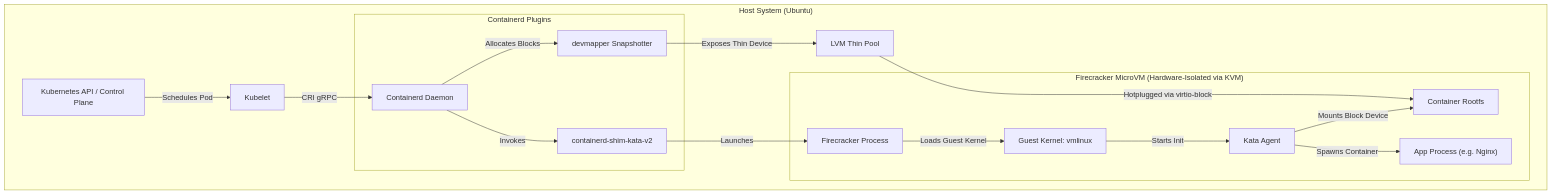
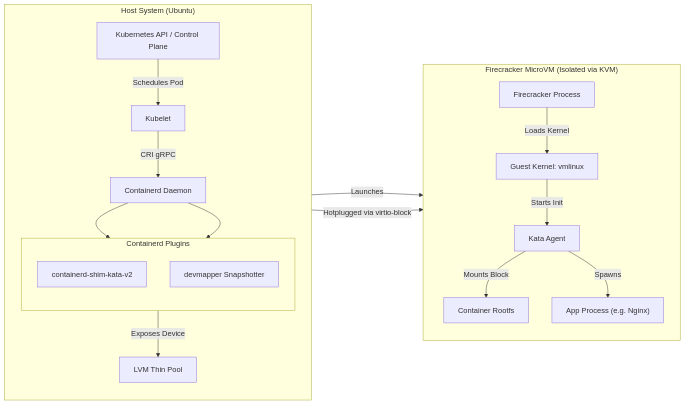
Before and after one commit to 01cloud/01-Sandbox: the diagram in docs/kata-firecracker/kata-firecracker-deepdive.md, drawn with Mermaid.

Commit message:
docs(deepdive): improve architecture diagram layout for readability

````diff
--- a/docs/kata-firecracker/kata-firecracker-deepdive.md
+++ b/docs/kata-firecracker/kata-firecracker-deepdive.md
@@ -13,24 +13,29 @@
 ```mermaid
-graph TD
-    subgraph "Host System (Ubuntu)"
+graph LR
+    subgraph Host ["Host System (Ubuntu)"]
+        direction TB
         K8s[Kubernetes API / Control Plane] -->|Schedules Pod| Kubelet[Kubelet]
         Kubelet -->|CRI gRPC| Containerd[Containerd Daemon]
 
-        subgraph Containerd Plugins
-            Containerd -->|Invokes| Shim[containerd-shim-kata-v2]
-            Containerd -->|Allocates Blocks| DevMapper[devmapper Snapshotter]
+        subgraph Plugins ["Containerd Plugins"]
+            direction TB
+            Shim[containerd-shim-kata-v2]
+            DevMapper[devmapper Snapshotter]
         end
 
-        DevMapper -->|Exposes Thin Device| LVM[LVM Thin Pool]
-        Shim -->|Launches| FC[Firecracker Process]
+        Containerd --> Shim
+        Containerd --> DevMapper
+        DevMapper -->|Exposes Device| LVM[LVM Thin Pool]
+    end
 
-        subgraph "Firecracker MicroVM (Hardware-Isolated via KVM)"
-            FC -->|Loads Guest Kernel| Kernel[Guest Kernel: vmlinux]
-            Kernel -->|Starts Init| Agent[Kata Agent]
-            Agent -->|Mounts Block Device| Rootfs[Container Rootfs]
-            Agent -->|Spawns Container| Application["App Process (e.g. Nginx)"]
-        end
+    subgraph VM ["Firecracker MicroVM (Isolated via KVM)"]
+        direction TB
+        FC[Firecracker Process] -->|Loads Kernel| Kernel[Guest Kernel: vmlinux]
+        Kernel -->|Starts Init| Agent[Kata Agent]
+        Agent -->|Mounts Block| Rootfs[Container Rootfs]
+        Agent -->|Spawns| Application["App Process (e.g. Nginx)"]
+    end
 
-        LVM -->|Hotplugged via virtio-block| Rootfs
-    end
+    Shim -->|Launches| FC
+    LVM -->|Hotplugged via virtio-block| Rootfs
 ```
````
